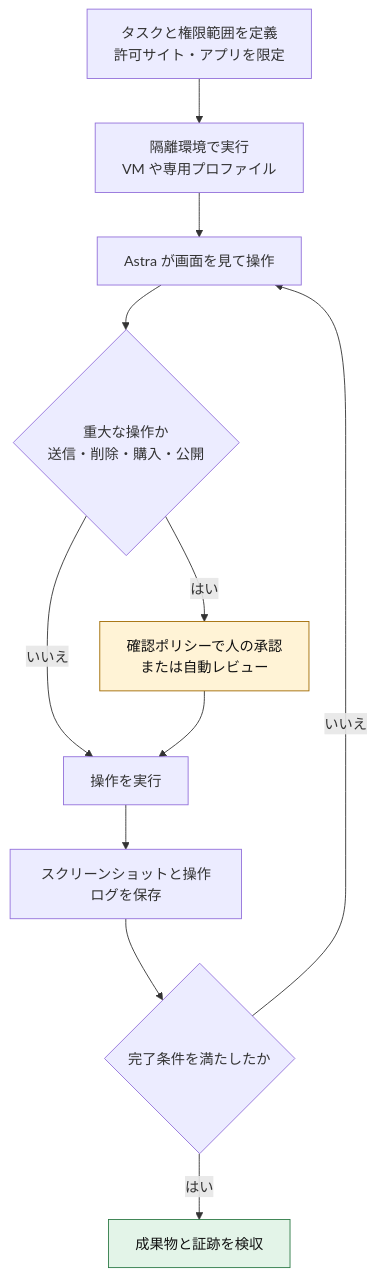
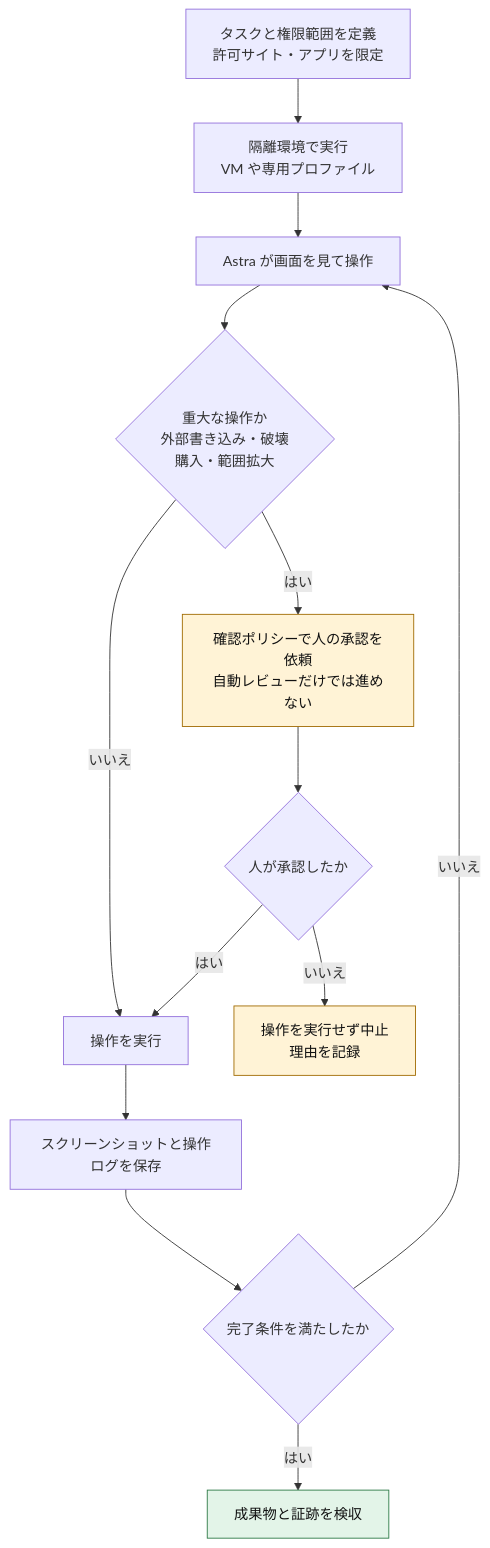
Before and after one commit to myoshi2891/Comparison-of-LLMs: the ninth of 12 diagrams in Openai-gpt-6-astra-best-practices-guide.md, drawn with Mermaid. The commit also changed other lines of this file, not shown here.

````diff
--- a/Openai-gpt-6-astra-best-practices-guide.md
+++ b/Openai-gpt-6-astra-best-practices-guide.md
@@ -572,17 +572,19 @@
 ```mermaid
 flowchart TB
   A["タスクと権限範囲を定義<br/>許可サイト・アプリを限定"] --> B["隔離環境で実行<br/>VM や専用プロファイル"]
   B --> C["Astra が画面を見て操作"]
-  C --> D{"重大な操作か<br/>送信・削除・購入・公開"}
-  D -- "はい" --> E["確認ポリシーで人の承認<br/>または自動レビュー"]
+  C --> D{"重大な操作か<br/>外部書き込み・破壊<br/>購入・範囲拡大"}
+  D -- "はい" --> E["確認ポリシーで人の承認を依頼<br/>自動レビューだけでは進めない"]
   D -- "いいえ" --> F["操作を実行"]
-  E --> F
+  E --> K{"人が承認したか"}
+  K -- "はい" --> F
+  K -- "いいえ" --> L["操作を実行せず中止<br/>理由を記録"]
   F --> G["スクリーンショットと操作ログを保存"]
   G --> H{"完了条件を満たしたか"}
   H -- "いいえ" --> C
   H -- "はい" --> I["成果物と証跡を検収"]
   classDef warn fill:#fff3d6,stroke:#a06a00,color:#111
   classDef ok fill:#e3f4e8,stroke:#2d7a46,color:#111
-  class E warn
+  class E,L warn
   class I ok
 ```
````
